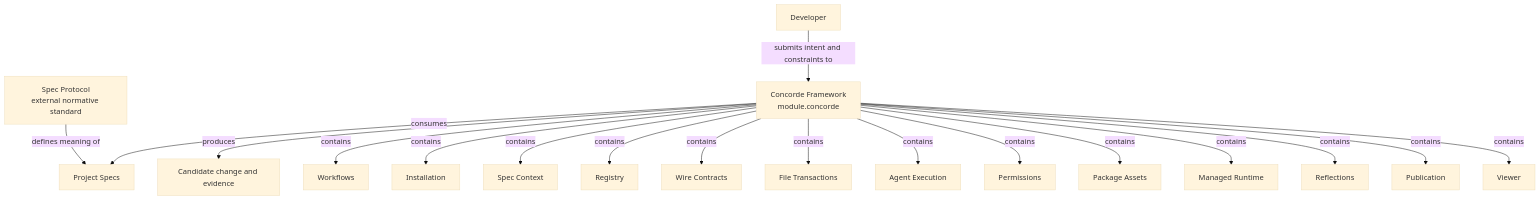
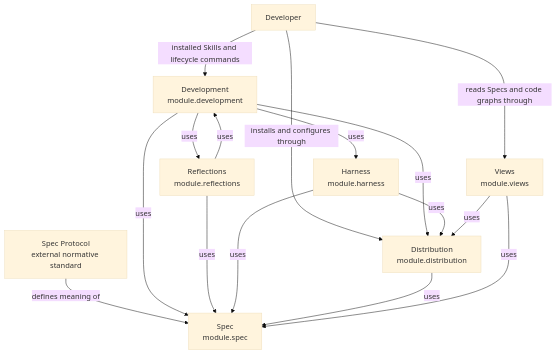
One commit to FTOD/concorde changed the diagram in specs/modules/concorde/module.md. Above: the diagram before and after it, drawn with Mermaid (base theme). The commit also changed other lines of this file and 131 other files, not shown here.

````diff
--- a/specs/modules/concorde/module.md
+++ b/specs/modules/concorde/module.md
@@ -23,27 +23,28 @@
 ```mermaid
 flowchart TB
-    accTitle: Concorde Framework entities and relationships
-    accDescr: A developer request carries intent and constraints. Project Specs supply promised behavior; a candidate holds proposed changes and revision-bound evidence. Published views expose declared knowledge, while an existing code graph exposes observations. The independent Spec Protocol constrains Spec meaning and remains outside the Framework composition.
+    accTitle: Concorde Framework Modules and their dependencies
+    accDescr: The Framework contains six Modules. Development composes Harness, Spec, Reflections and Distribution to turn one task into a ready candidate. Harness freezes context and permissions from Spec and runs Agents with assets built by Distribution. Reflections records feedback and hands approved work back to Development. Views publishes Specs and opens code graphs. The independent Spec Protocol constrains Spec meaning from outside the composition.
     developer["Developer"]
     protocol["Spec Protocol<br/>external normative standard"]
-    framework["Concorde Framework<br/>module.concorde"]
-    specs["Project Specs"]
-    candidate["Candidate change and evidence"]
-    developer -->|submits intent and constraints to| framework
-    protocol -->|defines meaning of| specs
-    framework -->|consumes| specs
-    framework -->|produces| candidate
-    framework -->|contains| workflows["Workflows"]
-    framework -->|contains| installation["Installation"]
-    framework -->|contains| context["Spec Context"]
-    framework -->|contains| registry["Registry"]
-    framework -->|contains| wire["Wire Contracts"]
-    framework -->|contains| files["File Transactions"]
-    framework -->|contains| execution["Agent Execution"]
-    framework -->|contains| permissions["Permissions"]
-    framework -->|contains| assets["Package Assets"]
-    framework -->|contains| runtime["Managed Runtime"]
-    framework -->|contains| reflections["Reflections"]
-    framework -->|contains| publication["Publication"]
-    framework -->|contains| viewer["Viewer"]
+    spec["Spec<br/>module.spec"]
+    harness["Harness<br/>module.harness"]
+    development["Development<br/>module.development"]
+    reflections["Reflections<br/>module.reflections"]
+    distribution["Distribution<br/>module.distribution"]
+    views["Views<br/>module.views"]
+    developer -->|installed Skills and lifecycle commands| development
+    developer -->|installs and configures through| distribution
+    developer -->|reads Specs and code graphs through| views
+    protocol -->|defines meaning of| spec
+    development -->|uses| harness
+    development -->|uses| spec
+    development -->|uses| reflections
+    development -->|uses| distribution
+    reflections -->|uses| development
+    reflections -->|uses| spec
+    harness -->|uses| spec
+    harness -->|uses| distribution
+    distribution -->|uses| spec
+    views -->|uses| spec
+    views -->|uses| distribution
 ```
````
